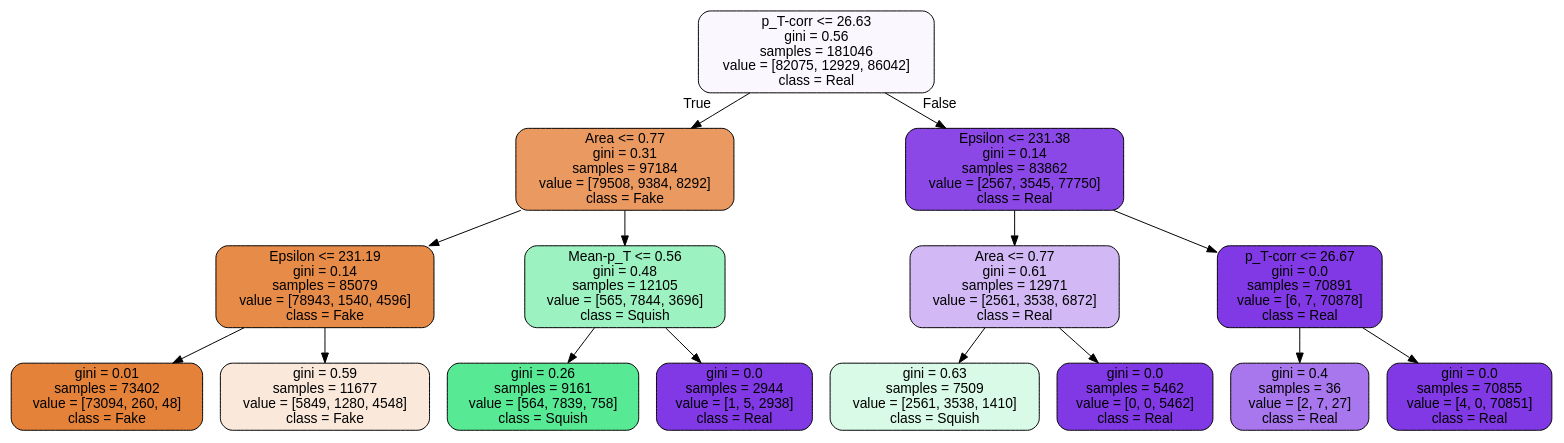
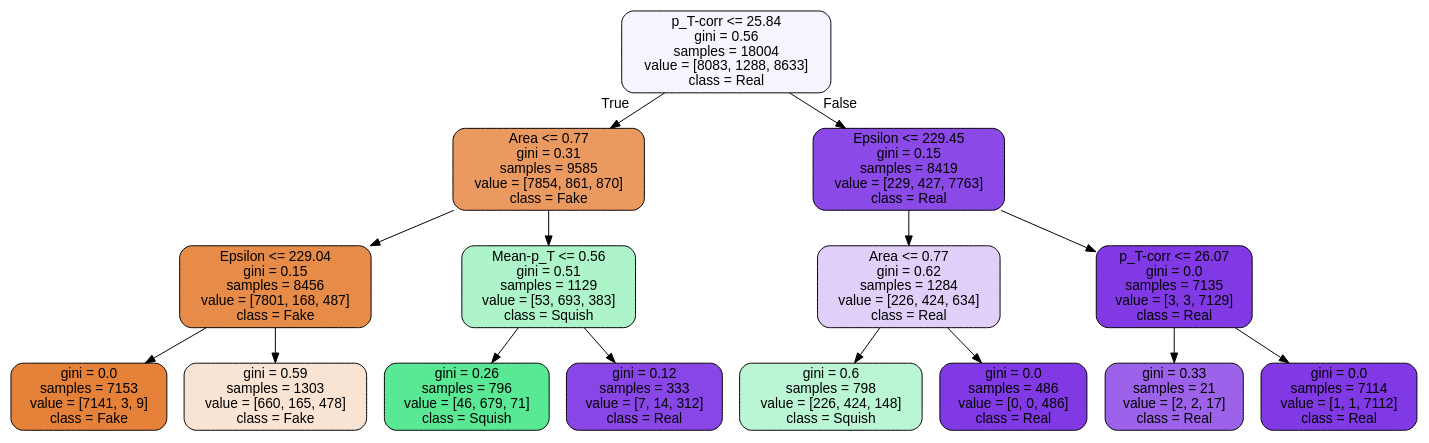
Before and after one commit to Steffanic/ML-Jet-BG-Subtraction: the diagram in Oracles/Oracle_0.5_40.dot, drawn with Graphviz. The commit also changed 222 other files, not shown here.

```diff
--- a/Oracles/Oracle_0.5_40.dot
+++ b/Oracles/Oracle_0.5_40.dot
@@ -1,33 +1,33 @@
 digraph Tree {
 node [shape=box, style="filled, rounded", color="black", fontname=helvetica] ;
 edge [fontname=helvetica] ;
-0 [label="p_T-corr <= 26.63\ngini = 0.56\nsamples = 181046\nvalue = [82075, 12929, 86042]\nclass = Real", fillcolor="#faf7fe"] ;
-1 [label="Area <= 0.77\ngini = 0.31\nsamples = 97184\nvalue = [79508, 9384, 8292]\nclass = Fake", fillcolor="#ea9a61"] ;
+0 [label="p_T-corr <= 25.84\ngini = 0.56\nsamples = 18004\nvalue = [8083, 1288, 8633]\nclass = Real", fillcolor="#f8f4fe"] ;
+1 [label="Area <= 0.77\ngini = 0.31\nsamples = 9585\nvalue = [7854, 861, 870]\nclass = Fake", fillcolor="#ea9a60"] ;
 0 -> 1 [labeldistance=2.5, labelangle=45, headlabel="True"] ;
-2 [label="Epsilon <= 231.19\ngini = 0.14\nsamples = 85079\nvalue = [78943, 1540, 4596]\nclass = Fake", fillcolor="#e78b48"] ;
+2 [label="Epsilon <= 229.04\ngini = 0.15\nsamples = 8456\nvalue = [7801, 168, 487]\nclass = Fake", fillcolor="#e78b49"] ;
 1 -> 2 ;
-3 [label="gini = 0.01\nsamples = 73402\nvalue = [73094, 260, 48]\nclass = Fake", fillcolor="#e5823a"] ;
+3 [label="gini = 0.0\nsamples = 7153\nvalue = [7141, 3, 9]\nclass = Fake", fillcolor="#e58139"] ;
 2 -> 3 ;
-4 [label="gini = 0.59\nsamples = 11677\nvalue = [5849, 1280, 4548]\nclass = Fake", fillcolor="#fae8db"] ;
+4 [label="gini = 0.59\nsamples = 1303\nvalue = [660, 165, 478]\nclass = Fake", fillcolor="#f9e3d3"] ;
 2 -> 4 ;
-5 [label="Mean-p_T <= 0.56\ngini = 0.48\nsamples = 12105\nvalue = [565, 7844, 3696]\nclass = Squish", fillcolor="#9df2c1"] ;
+5 [label="Mean-p_T <= 0.56\ngini = 0.51\nsamples = 1129\nvalue = [53, 693, 383]\nclass = Squish", fillcolor="#adf4cb"] ;
 1 -> 5 ;
-6 [label="gini = 0.26\nsamples = 9161\nvalue = [564, 7839, 758]\nclass = Squish", fillcolor="#58e995"] ;
+6 [label="gini = 0.26\nsamples = 796\nvalue = [46, 679, 71]\nclass = Squish", fillcolor="#59e995"] ;
 5 -> 6 ;
-7 [label="gini = 0.0\nsamples = 2944\nvalue = [1, 5, 2938]\nclass = Real", fillcolor="#8139e5"] ;
+7 [label="gini = 0.12\nsamples = 333\nvalue = [7, 14, 312]\nclass = Real", fillcolor="#8946e7"] ;
 5 -> 7 ;
-8 [label="Epsilon <= 231.38\ngini = 0.14\nsamples = 83862\nvalue = [2567, 3545, 77750]\nclass = Real", fillcolor="#8b48e7"] ;
+8 [label="Epsilon <= 229.45\ngini = 0.15\nsamples = 8419\nvalue = [229, 427, 7763]\nclass = Real", fillcolor="#8b49e7"] ;
 0 -> 8 [labeldistance=2.5, labelangle=-45, headlabel="False"] ;
-9 [label="Area <= 0.77\ngini = 0.61\nsamples = 12971\nvalue = [2561, 3538, 6872]\nclass = Real", fillcolor="#d2b9f6"] ;
+9 [label="Area <= 0.77\ngini = 0.62\nsamples = 1284\nvalue = [226, 424, 634]\nclass = Real", fillcolor="#e0cff9"] ;
 8 -> 9 ;
-10 [label="gini = 0.63\nsamples = 7509\nvalue = [2561, 3538, 1410]\nclass = Squish", fillcolor="#d8fae6"] ;
+10 [label="gini = 0.6\nsamples = 798\nvalue = [226, 424, 148]\nclass = Squish", fillcolor="#baf6d3"] ;
 9 -> 10 ;
-11 [label="gini = 0.0\nsamples = 5462\nvalue = [0, 0, 5462]\nclass = Real", fillcolor="#8139e5"] ;
+11 [label="gini = 0.0\nsamples = 486\nvalue = [0, 0, 486]\nclass = Real", fillcolor="#8139e5"] ;
 9 -> 11 ;
-12 [label="p_T-corr <= 26.67\ngini = 0.0\nsamples = 70891\nvalue = [6, 7, 70878]\nclass = Real", fillcolor="#8139e5"] ;
+12 [label="p_T-corr <= 26.07\ngini = 0.0\nsamples = 7135\nvalue = [3, 3, 7129]\nclass = Real", fillcolor="#8139e5"] ;
 8 -> 12 ;
-13 [label="gini = 0.4\nsamples = 36\nvalue = [2, 7, 27]\nclass = Real", fillcolor="#a876ed"] ;
+13 [label="gini = 0.33\nsamples = 21\nvalue = [2, 2, 17]\nclass = Real", fillcolor="#9c63ea"] ;
 12 -> 13 ;
-14 [label="gini = 0.0\nsamples = 70855\nvalue = [4, 0, 70851]\nclass = Real", fillcolor="#8139e5"] ;
+14 [label="gini = 0.0\nsamples = 7114\nvalue = [1, 1, 7112]\nclass = Real", fillcolor="#8139e5"] ;
 12 -> 14 ;
 }
```
